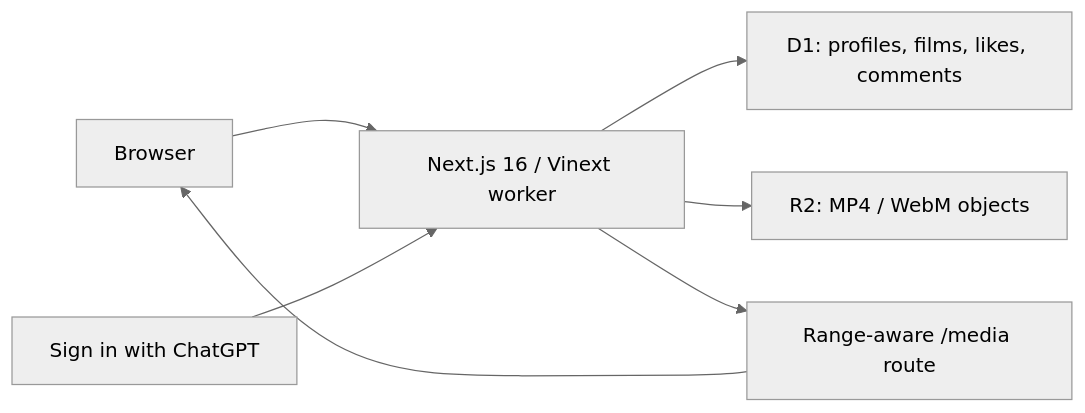
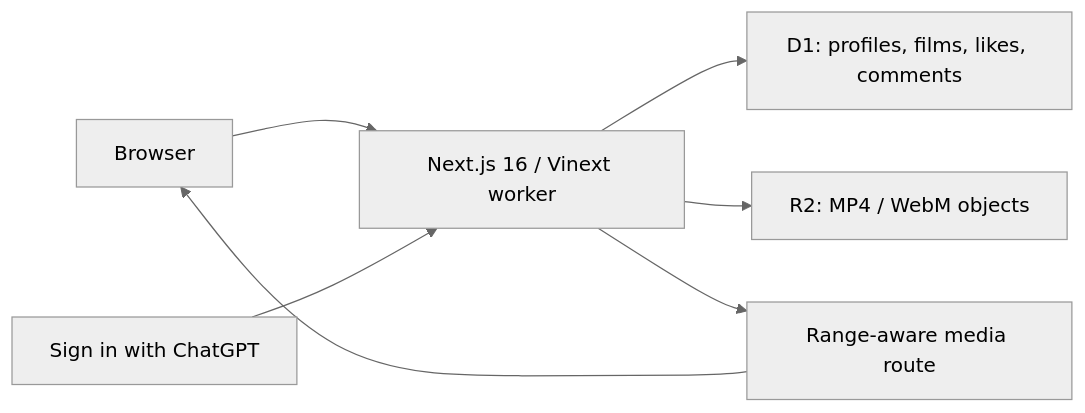
The diagram in README.md (IamOumarIbrahim/pumblo), drawn with Mermaid (neutral theme) before and after one commit. The commit also changed other lines of this file and 34 other files, not shown here.

````diff
--- a/README.md
+++ b/README.md
@@ -78,9 +81,9 @@
 ```mermaid
 flowchart LR
     B["Browser"] --> W["Next.js 16 / Vinext worker"]
     A["Sign in with ChatGPT"] --> W
     W --> D["D1: profiles, films, likes, comments"]
     W --> R["R2: MP4 / WebM objects"]
-    W --> M["Range-aware /media route"]
+    W --> M["Range-aware media route"]
     M --> B
 ```
````
